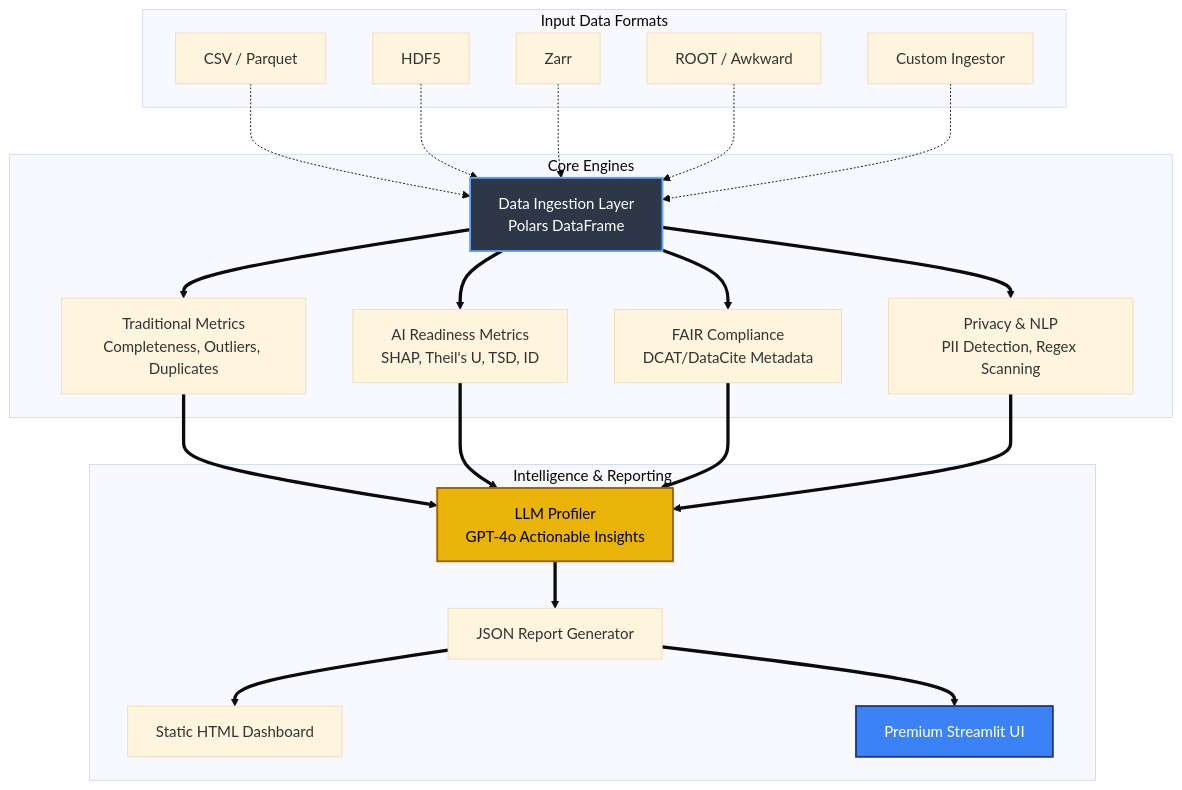
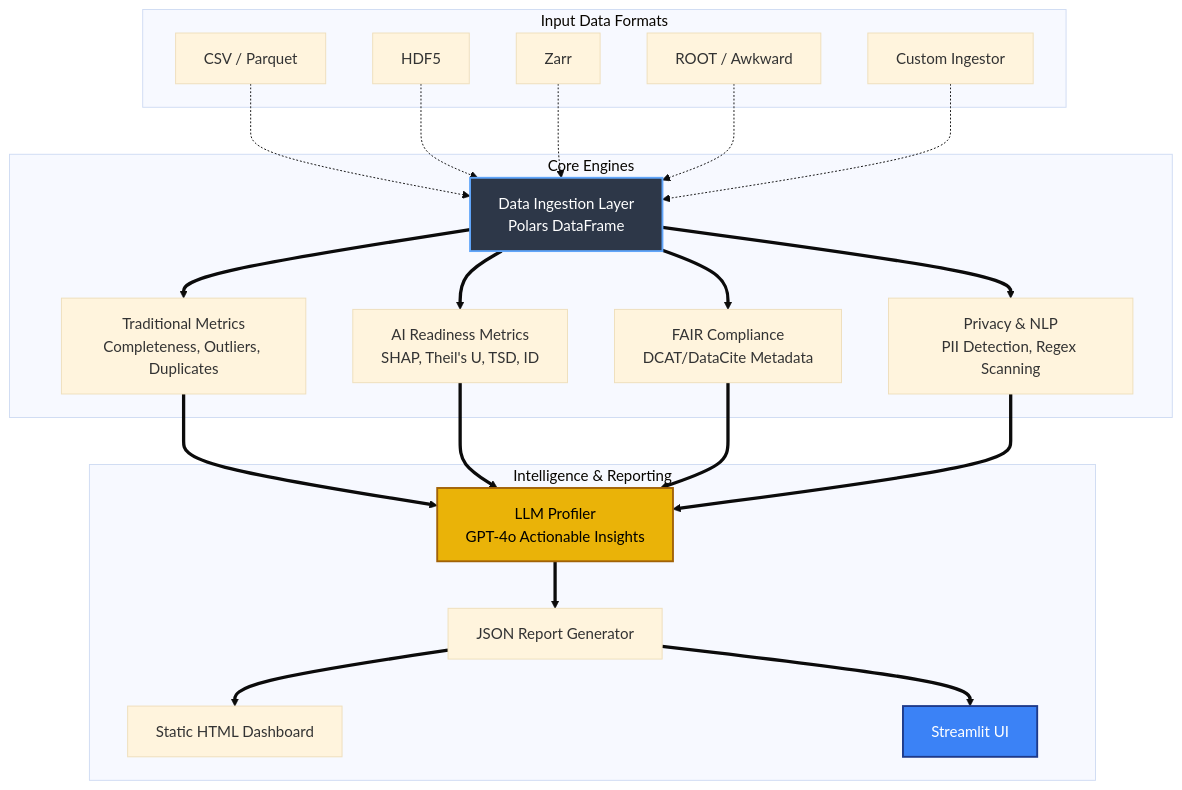
Before and after one commit to kohanfikr/AIDRIN: the diagram in README.md, drawn with Mermaid (base theme).

````diff
--- a/README.md
+++ b/README.md
@@ -27,49 +27,49 @@
 ```mermaid
 graph TD
     subgraph Input Data Formats
         CSV[CSV / Parquet]
         HDF5[HDF5]
         ZARR[Zarr]
         ROOT[ROOT / Awkward]
         CUSTOM[Custom Ingestor]
     end
 
     subgraph Core Engines
         INGEST[Data Ingestion Layer\nPolars DataFrame]
         TRAD[Traditional Metrics\nCompleteness, Outliers, Duplicates]
         AI[AI Readiness Metrics\nSHAP, Theil's U, TSD, ID]
         FAIR[FAIR Compliance\nDCAT/DataCite Metadata]
         PRIVACY[Privacy & NLP\nPII Detection, Regex Scanning]
     end
     
     subgraph Intelligence & Reporting
         LLM[LLM Profiler\nGPT-4o Actionable Insights]
         JSON[JSON Report Generator]
         HTML[Static HTML Dashboard]
-        STREAMLIT[Premium Streamlit UI]
+        STREAMLIT[Streamlit UI]
     end
 
     CSV -.-> INGEST
     HDF5 -.-> INGEST
     ZARR -.-> INGEST
     ROOT -.-> INGEST
     CUSTOM -.-> INGEST
 
     INGEST ==> TRAD
     INGEST ==> AI
     INGEST ==> FAIR
     INGEST ==> PRIVACY
 
     TRAD ==> LLM
     AI ==> LLM
     FAIR ==> LLM
     PRIVACY ==> LLM
 
     LLM ==> JSON
     JSON ==> HTML
     JSON ==> STREAMLIT
     
     style INGEST fill:#2d3748,stroke:#60a5fa,stroke-width:2px,color:#fff
     style LLM fill:#eab308,stroke:#a16207,stroke-width:2px,color:#000
     style STREAMLIT fill:#3b82f6,stroke:#1e3a8a,stroke-width:2px,color:#fff
 ```
````
